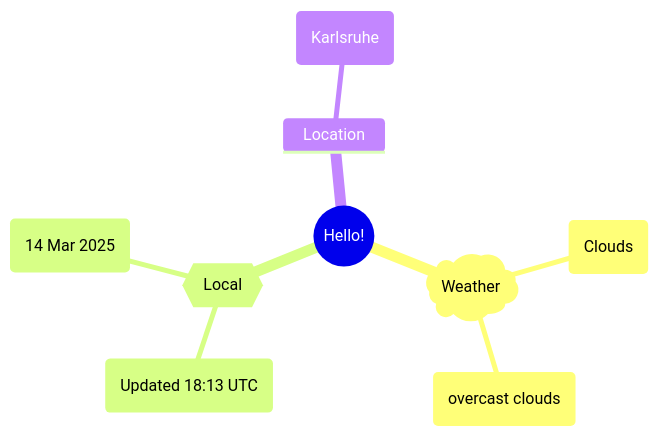
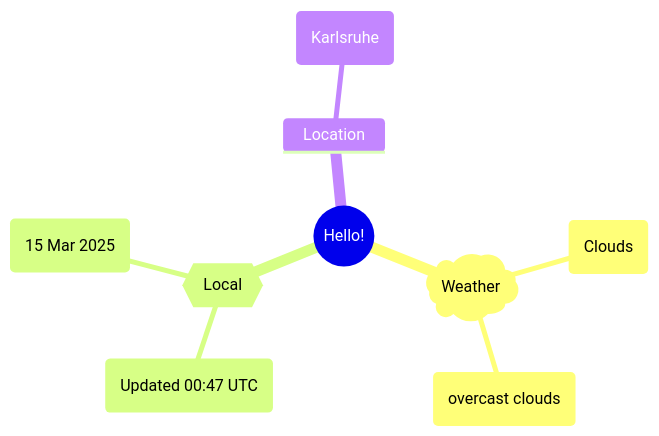
The first of 2 diagrams in README.md (Xosrov/Xosrov), drawn with Mermaid before and after one commit.

Commit message:
[bot] updated images

````diff
--- a/README.md
+++ b/README.md
@@ -3,12 +3,12 @@
 ```mermaid
 mindmap
   root((Hello!))
     )Weather(
         (Clouds)
         (overcast clouds)
     {{Local}}
-        (Updated 18:13 UTC)
-        (14 Mar 2025)
+        (Updated 00:47 UTC)
+        (15 Mar 2025)
     Location
         (Karlsruhe)
 ```
````
